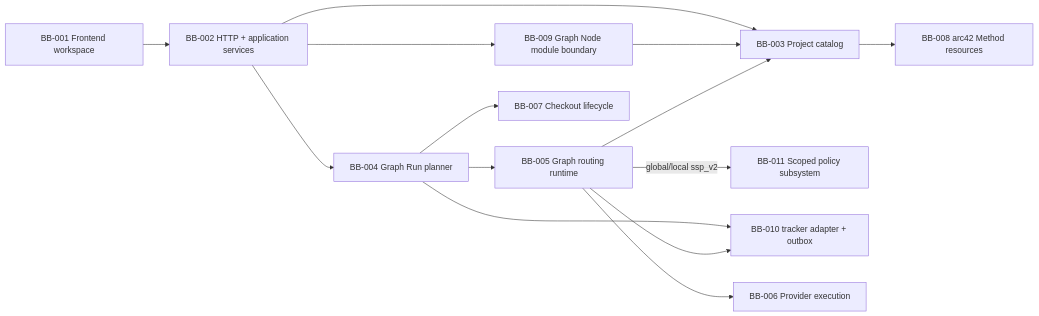
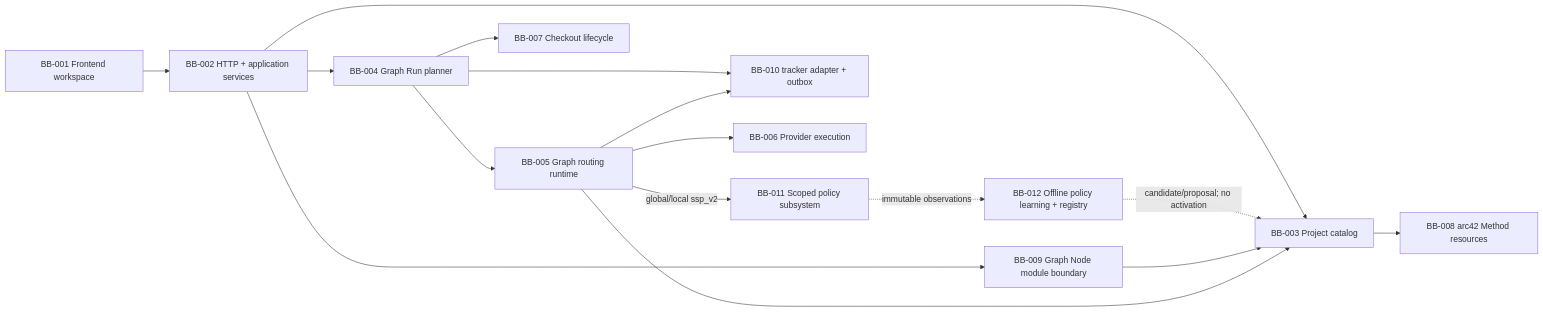
One commit to isinisalo/ballet changed the diagram in .ballet/arc42/05-building-block-view.md. Above: the diagram before and after it, drawn with Mermaid. The commit also changed other lines of this file and 21 other files, not shown here.

````diff
--- a/.ballet/arc42/05-building-block-view.md
+++ b/.ballet/arc42/05-building-block-view.md
@@ -26,16 +26,18 @@
 ```mermaid
 flowchart LR
   ui["BB-001 Frontend workspace"] --> api["BB-002 HTTP + application services"]
   api --> catalog["BB-003 Project catalog"]
   api --> planner["BB-004 Graph Run planner"]
   api --> modules["BB-009 Graph Node module boundary"]
   planner --> runtime["BB-005 Graph routing runtime"]
   runtime -->|"global/local ssp_v2"| policy["BB-011 Scoped policy subsystem"]
+  policy -.->|"immutable observations"| learning["BB-012 Offline policy learning + registry"]
+  learning -.->|"candidate/proposal; no activation"| catalog
   planner --> tracker["BB-010 tracker adapter + outbox"]
   runtime --> tracker
   runtime --> execution["BB-006 Provider execution"]
   planner --> lifecycle["BB-007 Checkout lifecycle"]
   catalog --> method["BB-008 arc42 Method resources"]
   modules --> catalog
   runtime --> catalog
 ```
````
